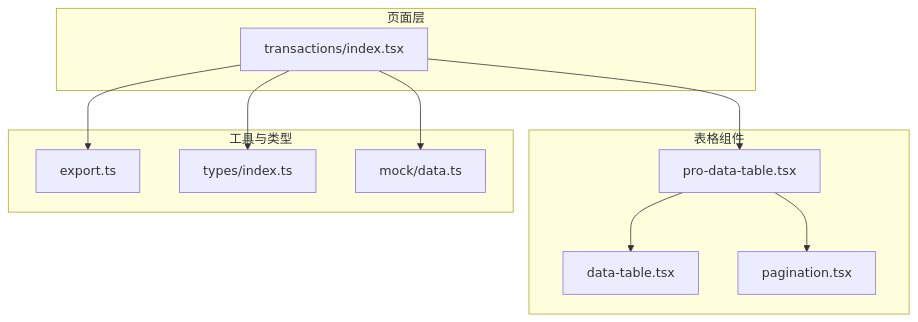
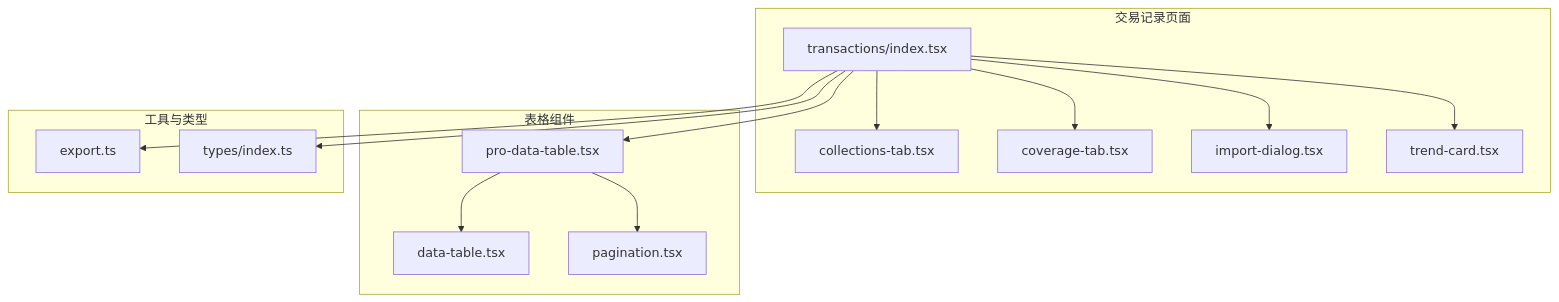
One commit to Damao997/newproject changed the first of 3 diagrams in .qoder/repowiki/zh/content/页面组件/交易记录页面/交易记录页面.md. Above: the diagram before and after it, drawn with Mermaid. The commit also changed other lines of this file and 40 other files, not shown here.

First line of the commit message:
feat(dashboard/inventory): 仪表板与存货模块真实数据接入及图表卡片拆分

````diff
--- a/.qoder/repowiki/zh/content/页面组件/交易记录页面/交易记录页面.md
+++ b/.qoder/repowiki/zh/content/页面组件/交易记录页面/交易记录页面.md
@@ -36,22 +47,28 @@
 ```mermaid
 graph TB
-subgraph "页面层"
+subgraph "交易记录页面"
 T["transactions/index.tsx"]
+CT["collections-tab.tsx"]
+CVT["coverage-tab.tsx"]
+ID["import-dialog.tsx"]
+TC["trend-card.tsx"]
 end
 subgraph "表格组件"
 PDT["pro-data-table.tsx"]
 DT["data-table.tsx"]
 PAG["pagination.tsx"]
 end
 subgraph "工具与类型"
 EXP["export.ts"]
 TYP["types/index.ts"]
-MOCK["mock/data.ts"]
 end
+T --> CT
+T --> CVT
+T --> ID
+T --> TC
 T --> PDT
 PDT --> DT
 PDT --> PAG
 T --> EXP
 T --> TYP
-T --> MOCK
 ```
````
